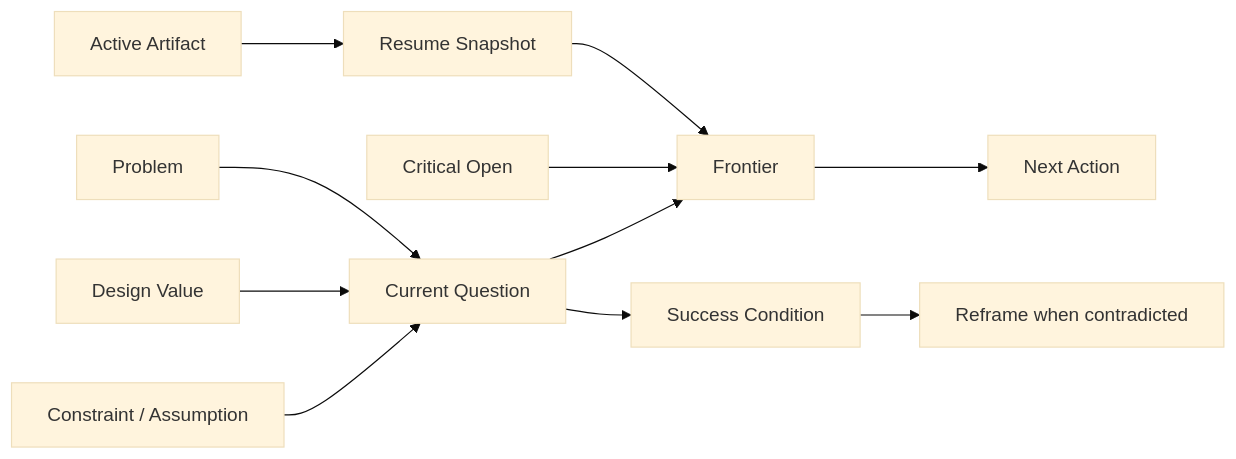
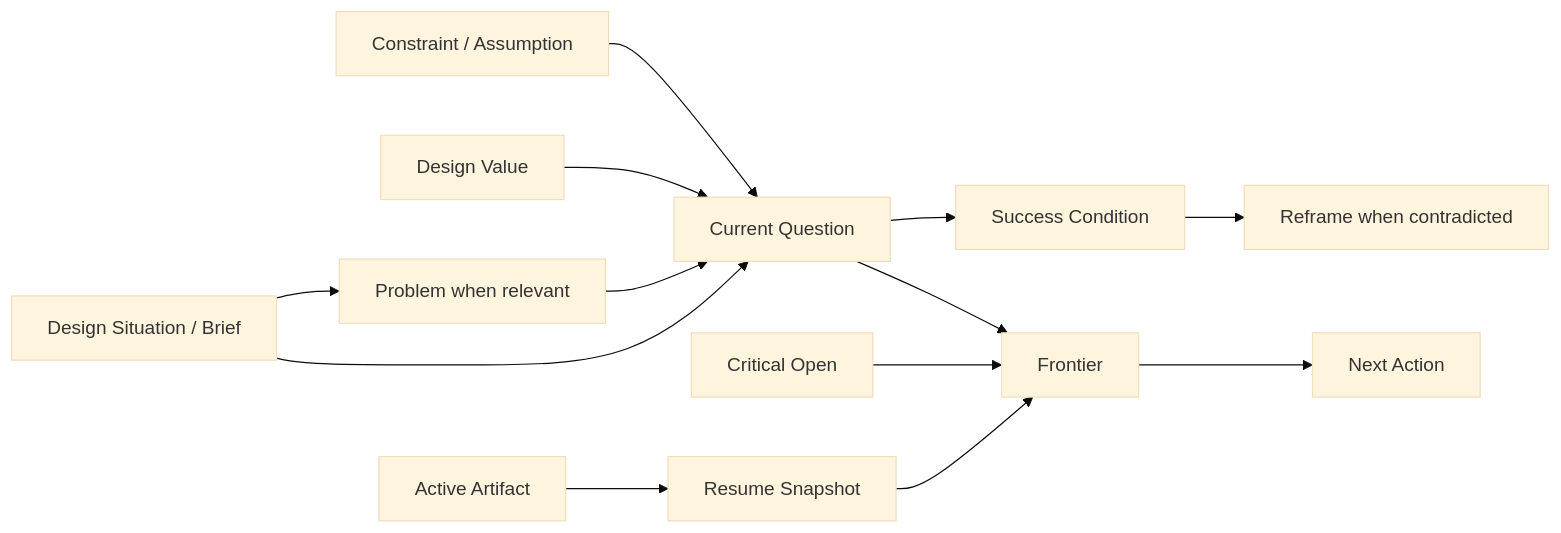
Before and after one commit to Jiaosong/Design: the diagram in product-docs/v0.3/maps/M10_HOME_FOCUS_DETAIL.md, drawn with Mermaid (base theme). The commit also changed other lines of this file and 71 other files, not shown here.

````diff
--- a/product-docs/v0.3/maps/M10_HOME_FOCUS_DETAIL.md
+++ b/product-docs/v0.3/maps/M10_HOME_FOCUS_DETAIL.md
@@ -9,13 +9,15 @@
 ```mermaid
 flowchart LR
+    N02G[Design Situation / Brief] --> N02A[Problem when relevant]
+    N02G --> N02B[Current Question]
     N01A[Resume Snapshot] --> N01B[Frontier]
     N01C[Critical Open] --> N01B
     N01D[Active Artifact] --> N01A
     N01B --> N01E[Next Action]
-    N02A[Problem] --> N02B[Current Question]
+    N02A --> N02B
     N02C[Design Value] --> N02B
     N02D[Constraint / Assumption] --> N02B
     N02B --> N02E[Success Condition]
     N02E --> N02F[Reframe when contradicted]
     N02B --> N01B
 ```
````
